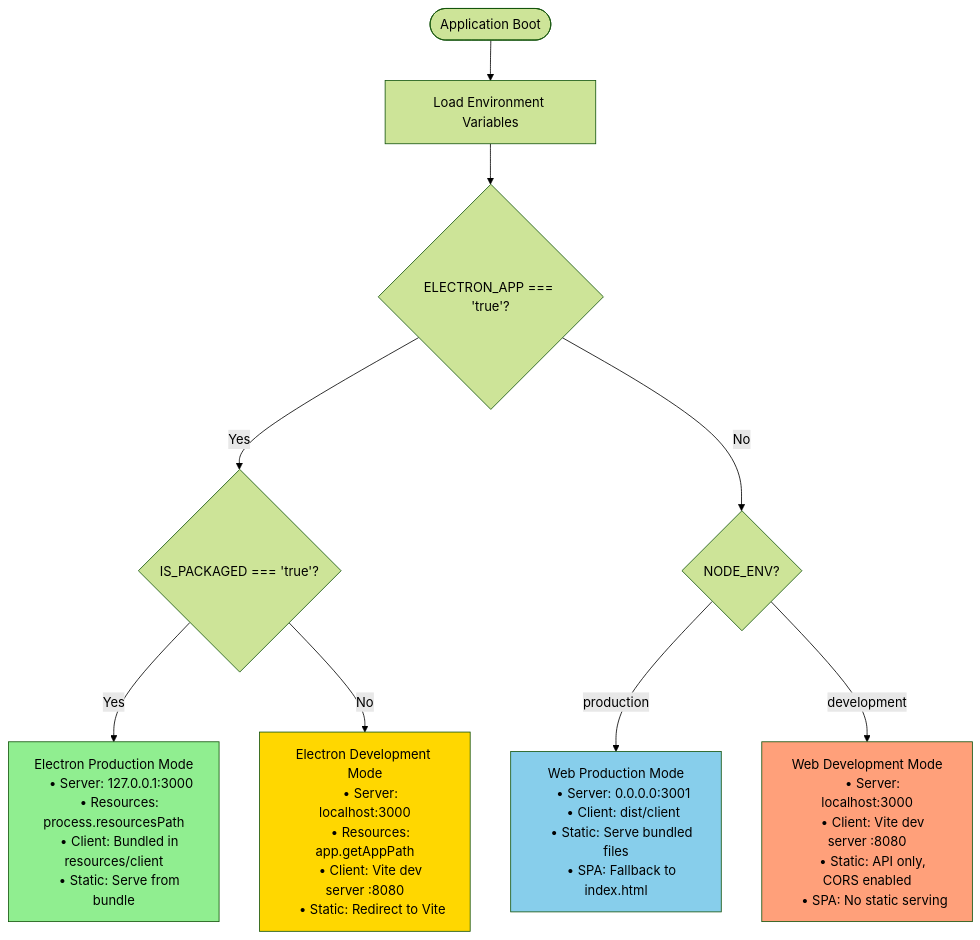
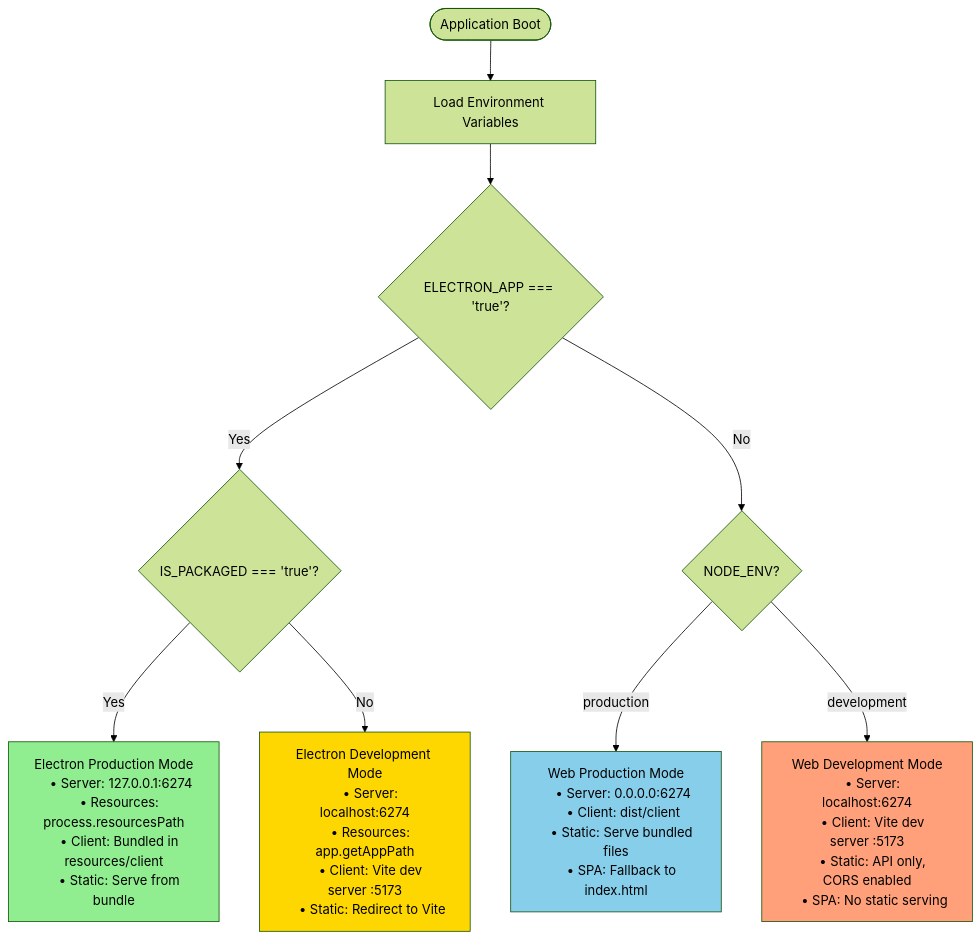
The second of 17 diagrams in docs/contributing/system-architecture.mdx (MCPJam/inspector), drawn with Mermaid (forest theme) before and after one commit.

````diff
--- a/docs/contributing/system-architecture.mdx
+++ b/docs/contributing/system-architecture.mdx
@@ -73,46 +73,46 @@
 ```mermaid
 flowchart TD
     Boot(["Application Boot"])
     EnvCheck["Load Environment Variables"]
     ElectronCheck{"ELECTRON_APP === 'true'?"}
     PackagedCheck{"IS_PACKAGED === 'true'?"}
     NodeEnvCheck{"NODE_ENV?"}
 
     EProd["Electron Production Mode
-    • Server: 127.0.0.1:3000
+    • Server: 127.0.0.1:6274
     • Resources: process.resourcesPath
     • Client: Bundled in resources/client
     • Static: Serve from bundle"]
 
     EDev["Electron Development Mode
-    • Server: localhost:3000
+    • Server: localhost:6274
     • Resources: app.getAppPath
-    • Client: Vite dev server :8080
+    • Client: Vite dev server :5173
     • Static: Redirect to Vite"]
 
     WProd["Web Production Mode
-    • Server: 0.0.0.0:3001
+    • Server: 0.0.0.0:6274
     • Client: dist/client
     • Static: Serve bundled files
     • SPA: Fallback to index.html"]
 
     WDev["Web Development Mode
-    • Server: localhost:3000
-    • Client: Vite dev server :8080
+    • Server: localhost:6274
+    • Client: Vite dev server :5173
     • Static: API only, CORS enabled
     • SPA: No static serving"]
 
     Boot --> EnvCheck
     EnvCheck --> ElectronCheck
     ElectronCheck -->|Yes| PackagedCheck
     ElectronCheck -->|No| NodeEnvCheck
     PackagedCheck -->|Yes| EProd
     PackagedCheck -->|No| EDev
     NodeEnvCheck -->|production| WProd
     NodeEnvCheck -->|development| WDev
 
     style EProd fill:#90EE90
     style EDev fill:#FFD700
     style WProd fill:#87CEEB
     style WDev fill:#FFA07A
 ```
````
